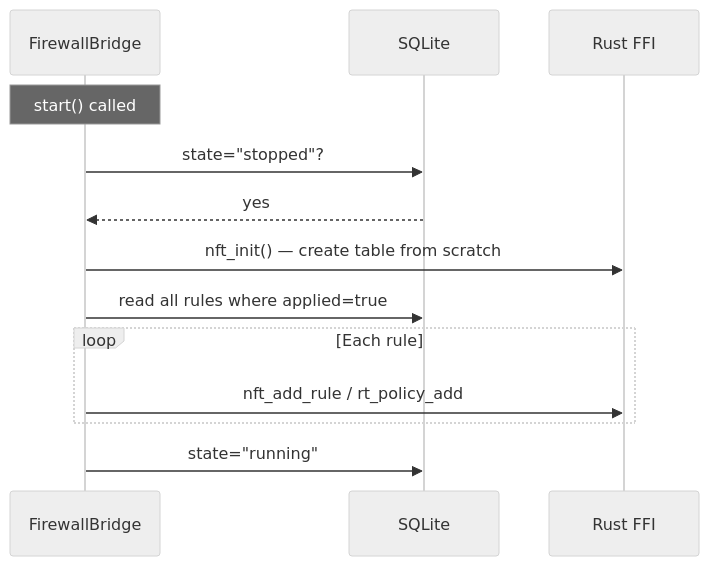
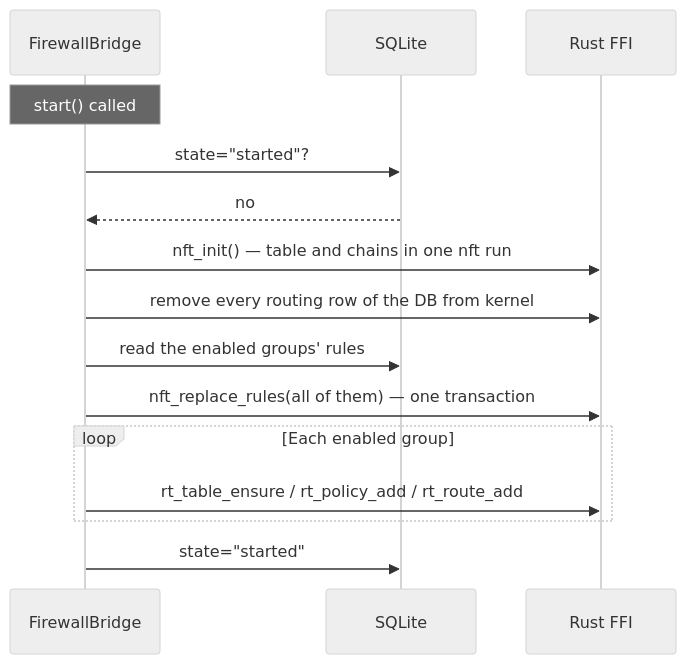
One commit to ARAS-Workspace/phantom-wg changed the third of 4 diagrams in README.md. Above: the diagram before and after it, drawn with Mermaid (neutral theme). The commit also changed other lines of this file and 1 other file, not shown here.

First line of the commit message:
Docs: README routing table file, start and preset flows

````diff
--- a/README.md
+++ b/README.md
@@ -177,16 +180,18 @@
 ```mermaid
 sequenceDiagram
     participant Bridge as FirewallBridge
     participant DB as SQLite
     participant Rust as Rust FFI
 
     Note over Bridge: start() called
-    Bridge->>DB: state="stopped"?
-    DB-->>Bridge: yes
-    Bridge->>Rust: nft_init() — create table from scratch
-    Bridge->>DB: read all rules where applied=true
-    loop Each rule
-        Bridge->>Rust: nft_add_rule / rt_policy_add
+    Bridge->>DB: state="started"?
+    DB-->>Bridge: no
+    Bridge->>Rust: nft_init() — table and chains in one nft run
+    Bridge->>Rust: remove every routing row of the DB from kernel
+    Bridge->>DB: read the enabled groups' rules
+    Bridge->>Rust: nft_replace_rules(all of them) — one transaction
+    loop Each enabled group
+        Bridge->>Rust: rt_table_ensure / rt_policy_add / rt_route_add
     end
-    Bridge->>DB: state="running"
+    Bridge->>DB: state="started"
 ```
````
